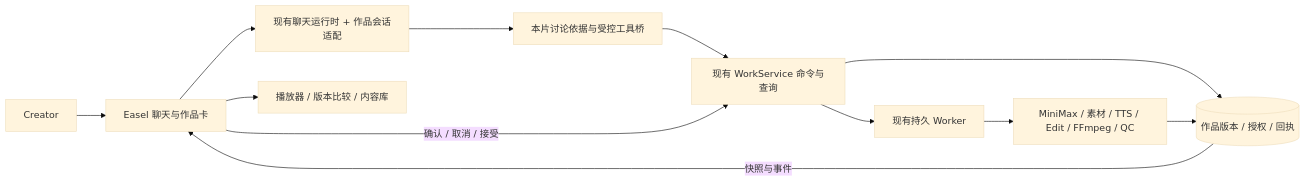
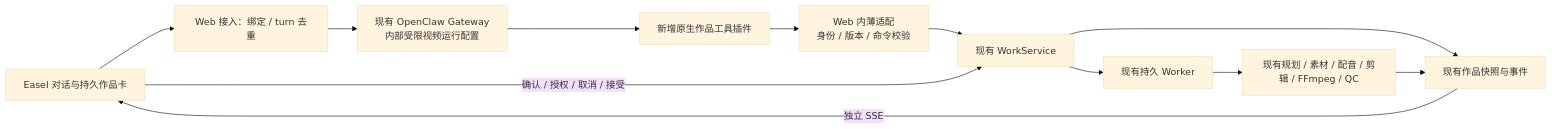
One commit to webxia/Easel changed the second of 4 diagrams in docs/v2/20_CONVERSATIONAL_INTERACTION.md. Above: the diagram before and after it, drawn with Mermaid (base theme). The commit also changed other lines of this file and 9 other files, not shown here.

Commit message:
docs(v2): specify S6-14A OpenClaw integration and interaction flows

````diff
--- a/docs/v2/20_CONVERSATIONAL_INTERACTION.md
+++ b/docs/v2/20_CONVERSATIONAL_INTERACTION.md
@@ -114,14 +118,14 @@
 ```mermaid
 flowchart LR
-  U[Creator] --> UI[Easel 聊天与作品卡]
-  UI --> CHAT[现有聊天运行时 + 作品会话适配]
-  CHAT --> CTX[本片讨论依据与受控工具桥]
-  CTX --> CMD[现有 WorkService 命令与查询]
-  UI -->|确认 / 取消 / 接受| CMD
-  CMD --> DB[(作品版本 / 授权 / 回执)]
-  CMD --> WORKER[现有持久 Worker]
-  WORKER --> PROD[MiniMax / 素材 / TTS / Edit / FFmpeg / QC]
-  PROD --> DB
-  DB -->|快照与事件| UI
-  UI --> REVIEW[播放器 / 版本比较 / 内容库]
+  UI[Easel 对话与持久作品卡] --> WEB[Web 接入：绑定 / turn 去重]
+  WEB --> OC["现有 OpenClaw Gateway<br/>内部受限视频运行配置"]
+  OC --> PL[新增原生作品工具插件]
+  PL --> BR["Web 内薄适配<br/>身份 / 版本 / 命令校验"]
+  BR --> CMD[现有 WorkService]
+  UI -->|确认 / 授权 / 取消 / 接受| CMD
+  CMD --> WK[现有持久 Worker]
+  WK --> PROD[现有规划 / 素材 / 配音 / 剪辑 / FFmpeg / QC]
+  CMD --> SNAP[现有作品快照与事件]
+  PROD --> SNAP
+  SNAP -->|独立 SSE| UI
 ```
````
